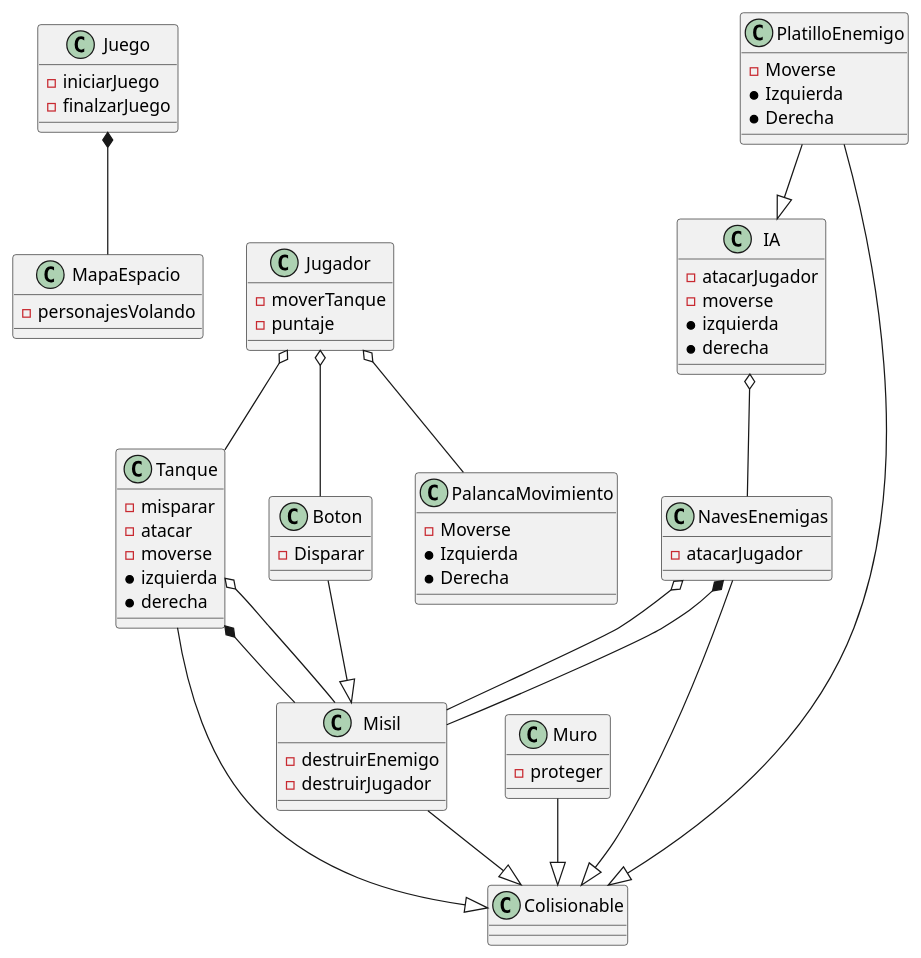
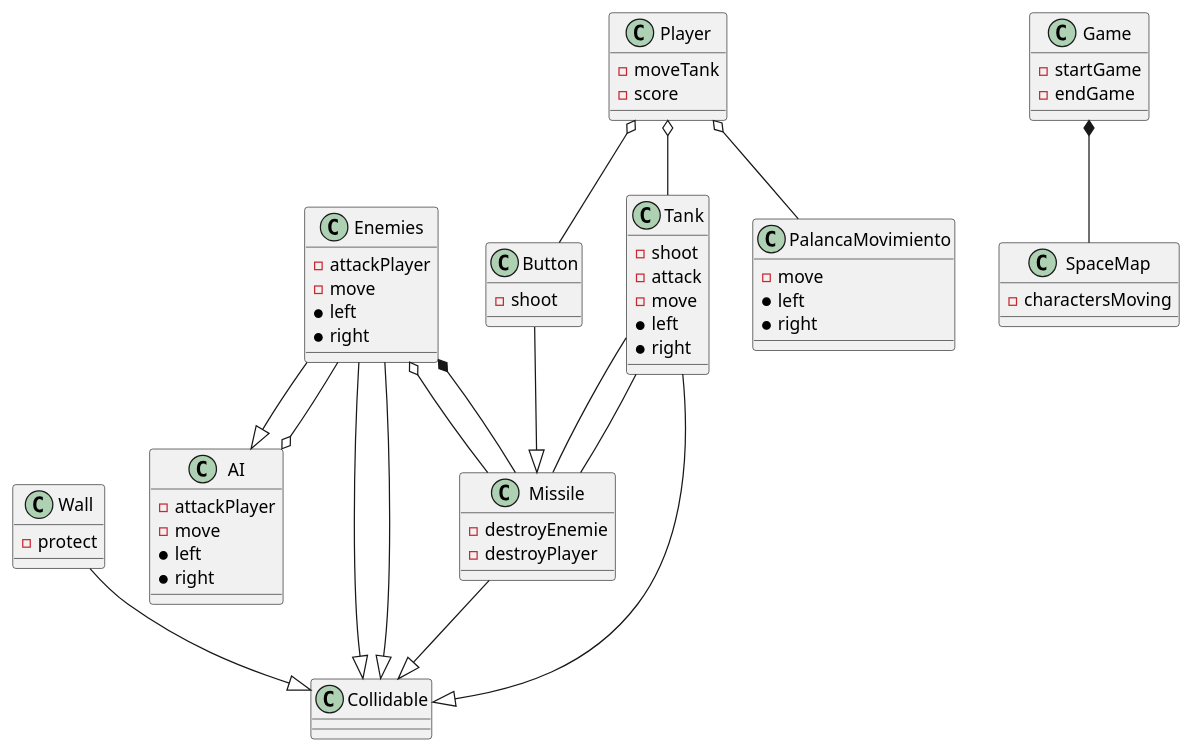
One commit to EduardoIsaacC/space_invaders changed the diagram in docs/Space_Invaders.puml. Above: the diagram before and after it, drawn with PlantUML. The commit also changed 1 other file, not shown here.

```diff
--- a/docs/Space_Invaders.puml
+++ b/docs/Space_Invaders.puml
@@ -1,67 +1,65 @@
 @startuml Space_Invaders
-class Juego{
-- iniciarJuego
-- finalzarJuego
+class Game{
+- startGame
+- endGame
 }
-class Jugador{
-- moverTanque
-- puntaje
+class Player{
+- moveTank
+- score
 }
-class IA{
-- atacarJugador
-- moverse
-* izquierda
-* derecha
+class AI{
+- attackPlayer
+- move
+* left
+* right
 }
-class Muro{
-- proteger
+class Wall{
+- protect
 }
-class Tanque{  
-- misparar
-- atacar
-- moverse
-*izquierda
-*derecha
+class Tank {
+- shoot
+- attack
+- move
+*left
+*right
 }
-class NavesEnemigas{
--atacarJugador
+class Enemies{
+-attackPlayer
+-move
+*left
+*right
 }
-class Misil{
--destruirEnemigo
--destruirJugador
+class Missile{
+-destroyEnemie
+-destroyPlayer
 }
-class Colisionable 
-class Boton{
--Disparar
-}
-class PlatilloEnemigo{
--Moverse
-*Izquierda
-*Derecha
+class Collidable 
+class Button{
+-shoot
 }
 class PalancaMovimiento{
-    -Moverse
-*Izquierda
-*Derecha
+-move
+*left
+*right
 }
-class MapaEspacio{
-    -personajesVolando
+class SpaceMap{
+    -charactersMoving
 }
 
-Jugador o-- Tanque
-Muro --|> Colisionable
-Misil --|> Colisionable
-IA o-- NavesEnemigas
-NavesEnemigas o-- Misil
-Boton --|> Misil
-Tanque *--  Misil
-Jugador o-- Boton
-NavesEnemigas --|> Colisionable
-Tanque --|> Colisionable
-PlatilloEnemigo --|> Colisionable
-Tanque o-- Misil
-NavesEnemigas *--  Misil
-PlatilloEnemigo --|> IA
-Jugador o-- PalancaMovimiento
-Juego *-- MapaEspacio
+Player o-- Tank
+Wall --|> Collidable
+Missile --|> Collidable
+AI o-- Enemies
+Enemies o-- Missile
+Button --|> Missile
+Tank--  Missile
+Player o-- Button
+Enemies --|> Collidable
+Tank-|> Collidable
+Enemies --|> Collidable
+Tank-- Missile
+Enemies *--  Missile
+Enemies --|> AI
+Player o-- PalancaMovimiento
+Game *-- SpaceMap
 @enduml
```
